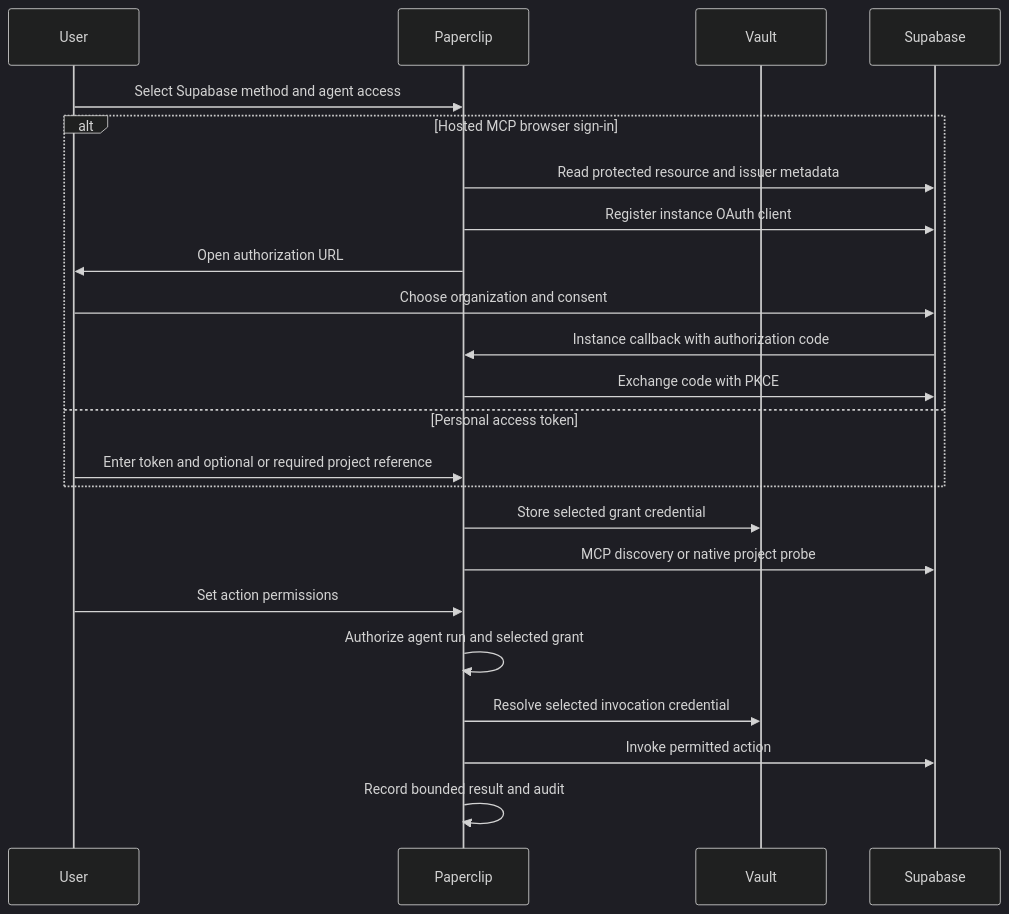
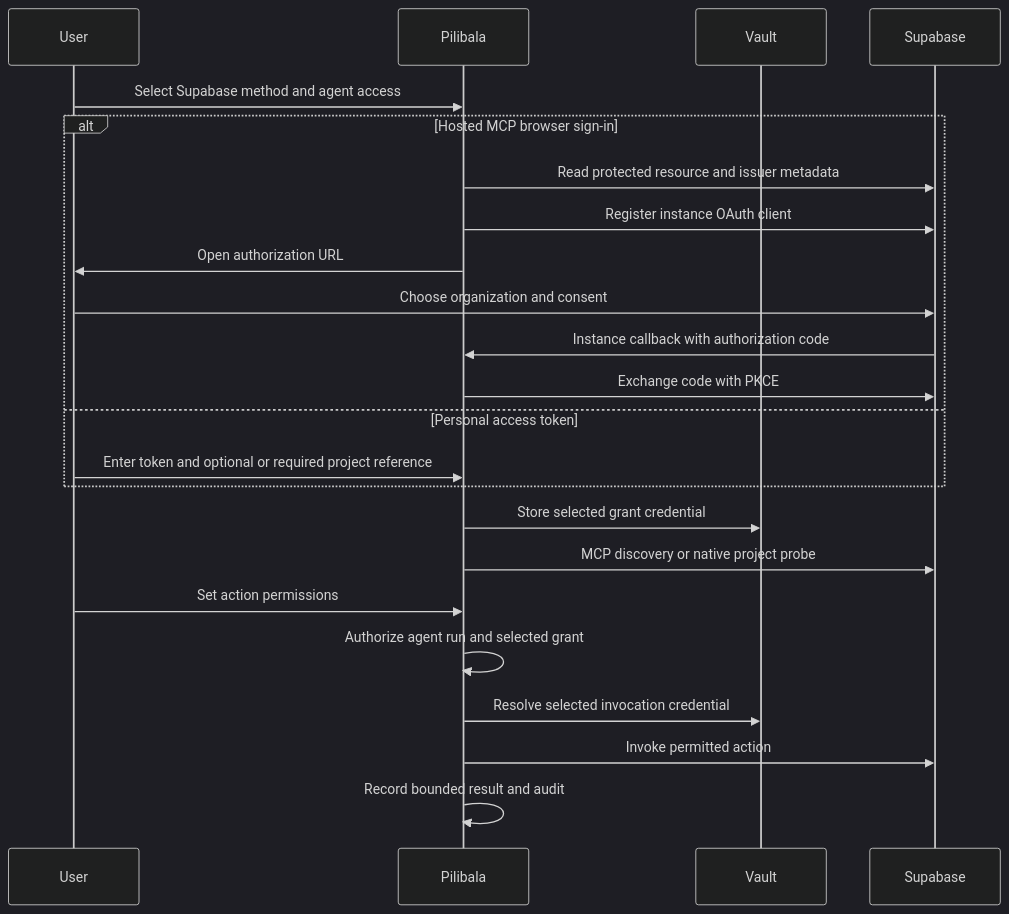
Before and after one commit to Nibilu/paperclip: the diagram in doc/connections/supabase-flow.mmd, drawn with Mermaid (dark theme). The commit also changed 11568 other files, not shown here.

First line of the commit message:
chore(rebrand): replay deterministic paperclip->pilibala rebrand onto upstream merge

```diff
--- a/doc/connections/supabase-flow.mmd
+++ b/doc/connections/supabase-flow.mmd
@@ -1,23 +1,23 @@
 sequenceDiagram
     participant User
-    participant Paperclip
+    participant Pilibala
     participant Vault
     participant Supabase
-    User->>Paperclip: Select Supabase method and agent access
+    User->>Pilibala: Select Supabase method and agent access
     alt Hosted MCP browser sign-in
-        Paperclip->>Supabase: Read protected resource and issuer metadata
-        Paperclip->>Supabase: Register instance OAuth client
-        Paperclip->>User: Open authorization URL
+        Pilibala->>Supabase: Read protected resource and issuer metadata
+        Pilibala->>Supabase: Register instance OAuth client
+        Pilibala->>User: Open authorization URL
         User->>Supabase: Choose organization and consent
-        Supabase->>Paperclip: Instance callback with authorization code
-        Paperclip->>Supabase: Exchange code with PKCE
+        Supabase->>Pilibala: Instance callback with authorization code
+        Pilibala->>Supabase: Exchange code with PKCE
     else Personal access token
-        User->>Paperclip: Enter token and optional or required project reference
+        User->>Pilibala: Enter token and optional or required project reference
     end
-    Paperclip->>Vault: Store selected grant credential
-    Paperclip->>Supabase: MCP discovery or native project probe
-    User->>Paperclip: Set action permissions
-    Paperclip->>Paperclip: Authorize agent run and selected grant
-    Paperclip->>Vault: Resolve selected invocation credential
-    Paperclip->>Supabase: Invoke permitted action
-    Paperclip->>Paperclip: Record bounded result and audit
+    Pilibala->>Vault: Store selected grant credential
+    Pilibala->>Supabase: MCP discovery or native project probe
+    User->>Pilibala: Set action permissions
+    Pilibala->>Pilibala: Authorize agent run and selected grant
+    Pilibala->>Vault: Resolve selected invocation credential
+    Pilibala->>Supabase: Invoke permitted action
+    Pilibala->>Pilibala: Record bounded result and audit
```
